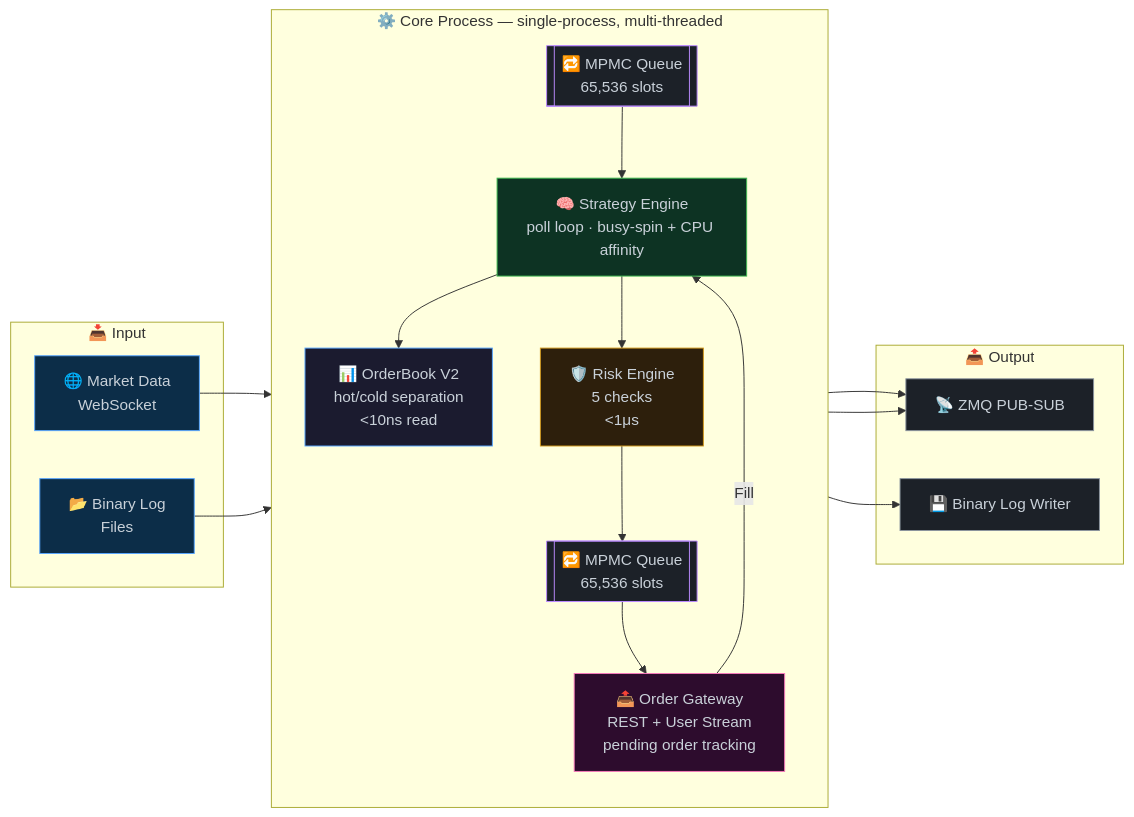
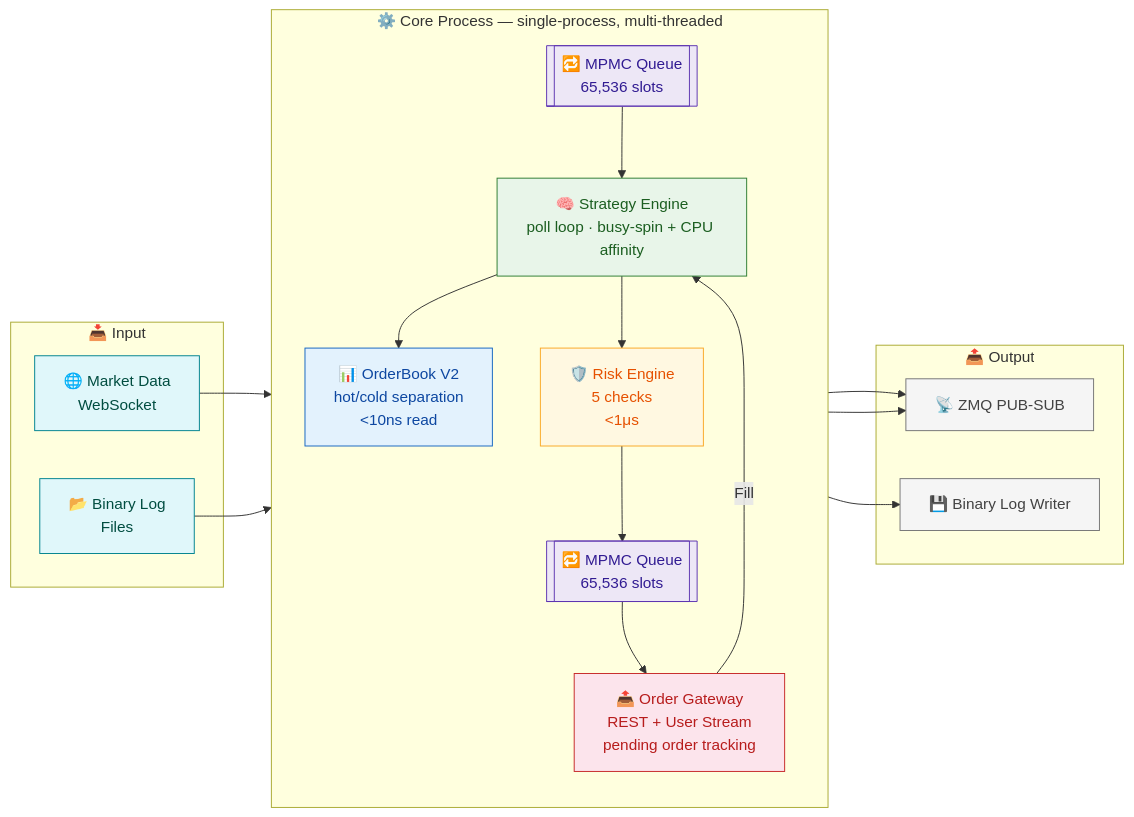
The first of 2 diagrams in README.md (leafxuzm/trading_engine), drawn with Mermaid before and after one commit. The commit also changed other lines of this file, not shown here.

Commit message:
README: switch Mermaid diagrams to light/pastel color scheme

````diff
--- a/README.md
+++ b/README.md
@@ -34,50 +34,50 @@
 ```mermaid
 flowchart LR
-    classDef input fill:#0c2d48,stroke:#58a6ff,color:#c9d1d9
-    classDef queue fill:#1c2128,stroke:#bc8cff,color:#c9d1d9
-    classDef engine fill:#0d3323,stroke:#3fb950,color:#c9d1d9
-    classDef book fill:#1b1b2f,stroke:#58a6ff,color:#c9d1d9
-    classDef risk fill:#2d1f0c,stroke:#d2991d,color:#c9d1d9
-    classDef gateway fill:#2d0c2d,stroke:#f778ba,color:#c9d1d9
-    classDef output fill:#1c2128,stroke:#8b949e,color:#c9d1d9
+    classDef input fill:#e0f7fa,stroke:#00838f,color:#004d40
+    classDef queue fill:#ede7f6,stroke:#5e35b1,color:#311b92
+    classDef engine fill:#e8f5e9,stroke:#2e7d32,color:#1b5e20
+    classDef book fill:#e3f2fd,stroke:#1565c0,color:#0d47a1
+    classDef risk fill:#fff8e1,stroke:#f9a825,color:#e65100
+    classDef gateway fill:#fce4ec,stroke:#c62828,color:#b71c1c
+    classDef output fill:#f5f5f5,stroke:#757575,color:#424242
 
     subgraph Input["📥 Input"]
         MD[🌐 Market Data<br/>WebSocket]
         LOG[📂 Binary Log<br/>Files]
     end
 
     subgraph Core["⚙️ Core Process — single-process, multi-threaded"]
         direction TB
         Q1[["🔁 MPMC Queue<br/>65,536 slots"]]
         SE["🧠 Strategy Engine<br/>poll loop · busy-spin + CPU affinity"]
         OB["📊 OrderBook V2<br/>hot/cold separation<br/>&lt;10ns read"]
         RE["🛡️ Risk Engine<br/>5 checks<br/>&lt;1μs"]
         Q2[["🔁 MPMC Queue<br/>65,536 slots"]]
         OG["📤 Order Gateway<br/>REST + User Stream<br/>pending order tracking"]
     end
 
     subgraph Output["📤 Output"]
         ZMQ["📡 ZMQ PUB-SUB"]
         LOGOUT["💾 Binary Log Writer"]
     end
 
     MD --> Q1
     LOG --> Q1
     Q1 --> SE
     SE --> OB
     SE --> RE
     RE --> Q2
     Q2 --> OG
     OG -->|"Fill"| SE
     OG --> ZMQ
     SE --> ZMQ
     SE --> LOGOUT
 
     class MD,LOG input
     class Q1,Q2 queue
     class SE engine
     class OB book
     class RE risk
     class OG gateway
     class ZMQ,LOGOUT output
 ```
````
